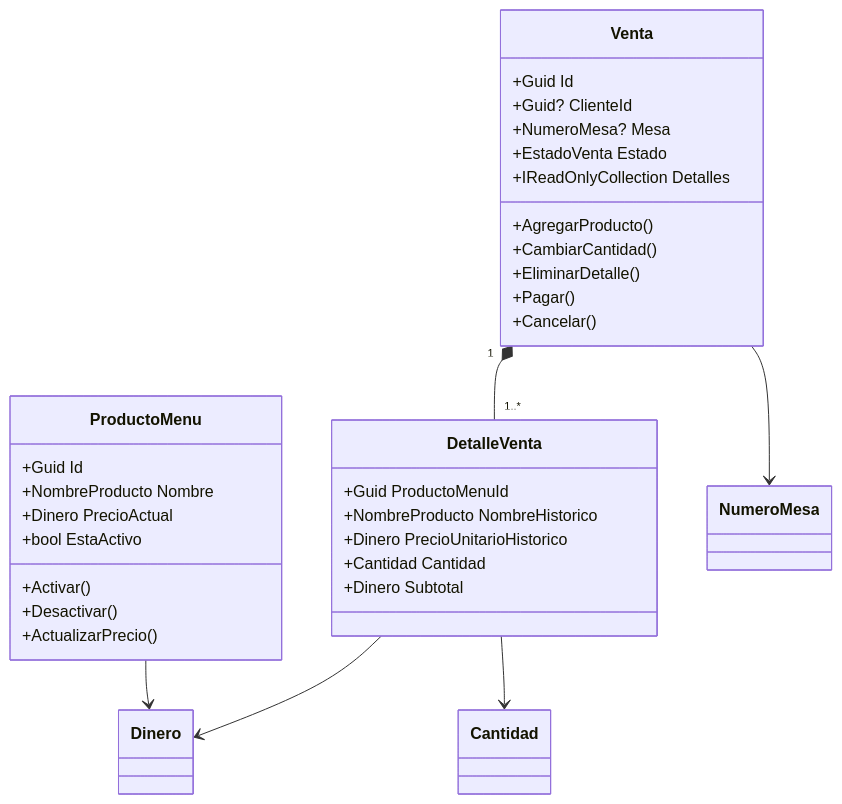
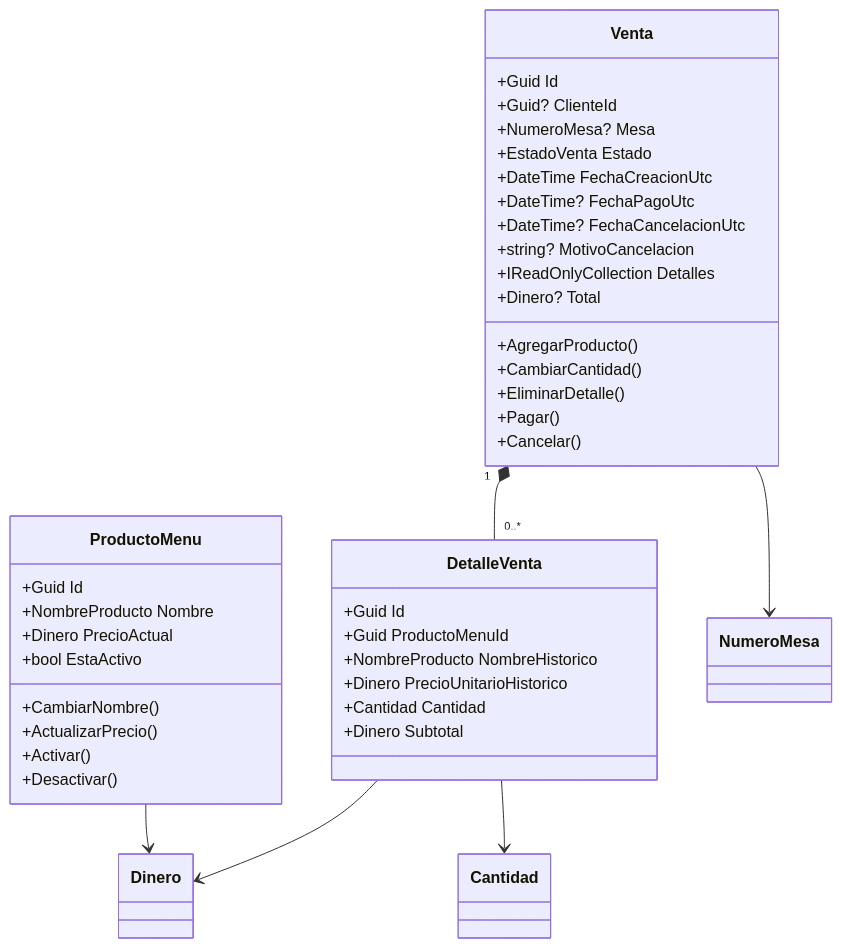
Before and after one commit to JaviZ28/Restaurante-Servidores: the second of 2 diagrams in docs/modelo-dominio.md, drawn with Mermaid. The commit also changed other lines of this file and 97 other files, not shown here.

````diff
--- a/docs/modelo-dominio.md
+++ b/docs/modelo-dominio.md
@@ -70,43 +102,50 @@
 ```mermaid
 classDiagram
     class Venta {
         +Guid Id
         +Guid? ClienteId
         +NumeroMesa? Mesa
         +EstadoVenta Estado
+        +DateTime FechaCreacionUtc
+        +DateTime? FechaPagoUtc
+        +DateTime? FechaCancelacionUtc
+        +string? MotivoCancelacion
         +IReadOnlyCollection Detalles
+        +Dinero? Total
         +AgregarProducto()
         +CambiarCantidad()
         +EliminarDetalle()
         +Pagar()
         +Cancelar()
     }
 
     class DetalleVenta {
+        +Guid Id
         +Guid ProductoMenuId
         +NombreProducto NombreHistorico
         +Dinero PrecioUnitarioHistorico
         +Cantidad Cantidad
         +Dinero Subtotal
     }
 
     class ProductoMenu {
         +Guid Id
         +NombreProducto Nombre
         +Dinero PrecioActual
         +bool EstaActivo
+        +CambiarNombre()
+        +ActualizarPrecio()
         +Activar()
         +Desactivar()
-        +ActualizarPrecio()
     }
 
     class Dinero
     class Cantidad
     class NumeroMesa
 
-    Venta "1" *-- "1..*" DetalleVenta
+    Venta "1" *-- "0..*" DetalleVenta
     DetalleVenta --> Dinero
     DetalleVenta --> Cantidad
     Venta --> NumeroMesa
     ProductoMenu --> Dinero
 ```
````
